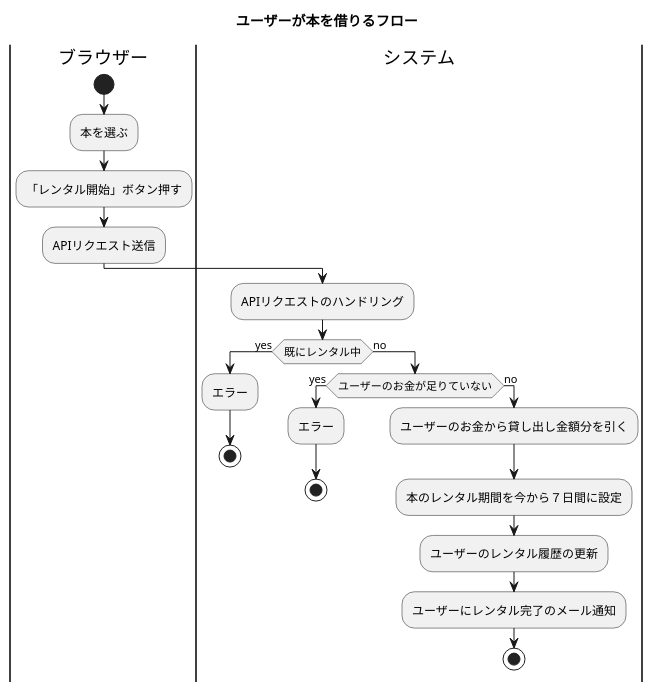
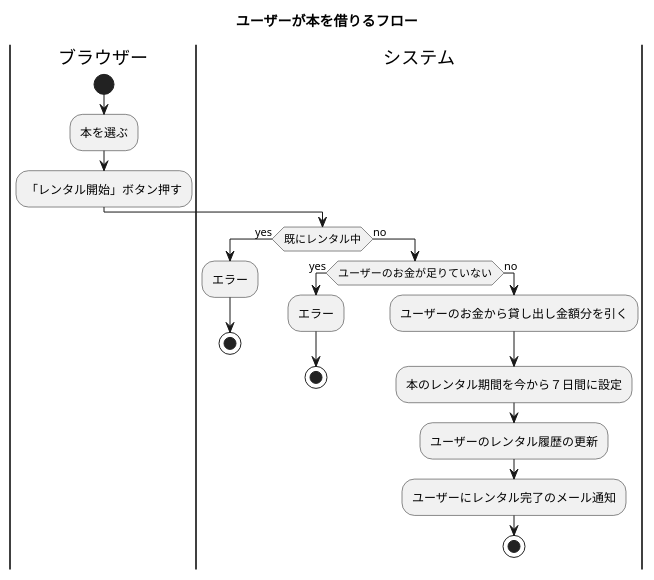
The diagram in docs/rental-flow-abstract.puml (genenakagaki/sample-solid), drawn with PlantUML before and after one commit. The commit also changed 4 other files, not shown here.

```diff
--- a/docs/rental-flow-abstract.puml
+++ b/docs/rental-flow-abstract.puml
@@ -1,30 +1,28 @@
 @startuml
 title ユーザーが本を借りるフロー
 
 |ブラウザー|
 |システム|
 
 |ブラウザー|
 start
 :本を選ぶ;
 :「レンタル開始」ボタン押す;
-:APIリクエスト送信;
 |システム|
 
-:APIリクエストのハンドリング;
 if (既にレンタル中) then (yes)
     :エラー;
     stop
 else (no)
     if (ユーザーのお金が足りていない) then (yes)
         :エラー;
         stop
     else (no)
         :ユーザーのお金から貸し出し金額分を引く;
         :本のレンタル期間を今から７日間に設定;
         :ユーザーのレンタル履歴の更新;
         :ユーザーにレンタル完了のメール通知;
         stop
     endif
 endif
 @enduml
```
